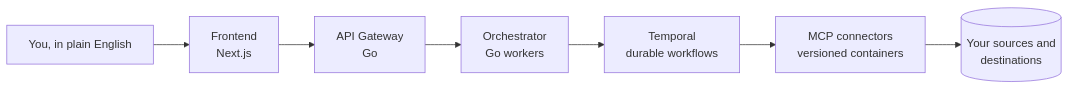
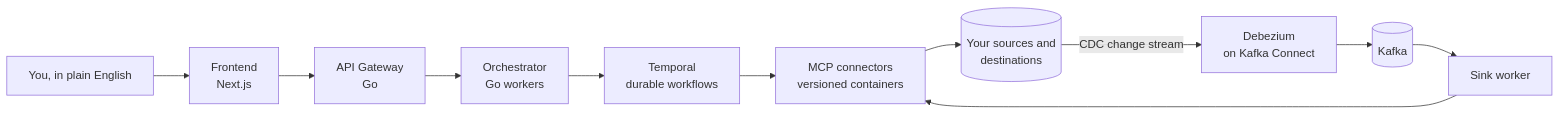
One commit to rsync-ai/rsync changed the diagram in README.md. Above: the diagram before and after it, drawn with Mermaid. The commit also changed other lines of this file and 280 other files, not shown here.

````diff
--- a/README.md
+++ b/README.md
@@ -110,9 +116,13 @@
 ```mermaid
 flowchart LR
     U["You, in plain English"] --> FE["Frontend<br/>Next.js"]
     FE --> GW["API Gateway<br/>Go"]
     GW --> ORCH["Orchestrator<br/>Go workers"]
     ORCH --> TMP["Temporal<br/>durable workflows"]
     TMP --> CON["MCP connectors<br/>versioned containers"]
     CON --> DATA[("Your sources and<br/>destinations")]
+    DATA -->|"CDC change stream"| DBZ["Debezium<br/>on Kafka Connect"]
+    DBZ --> KAFKA[("Kafka")]
+    KAFKA --> SINK["Sink worker"]
+    SINK --> CON
 ```
````
